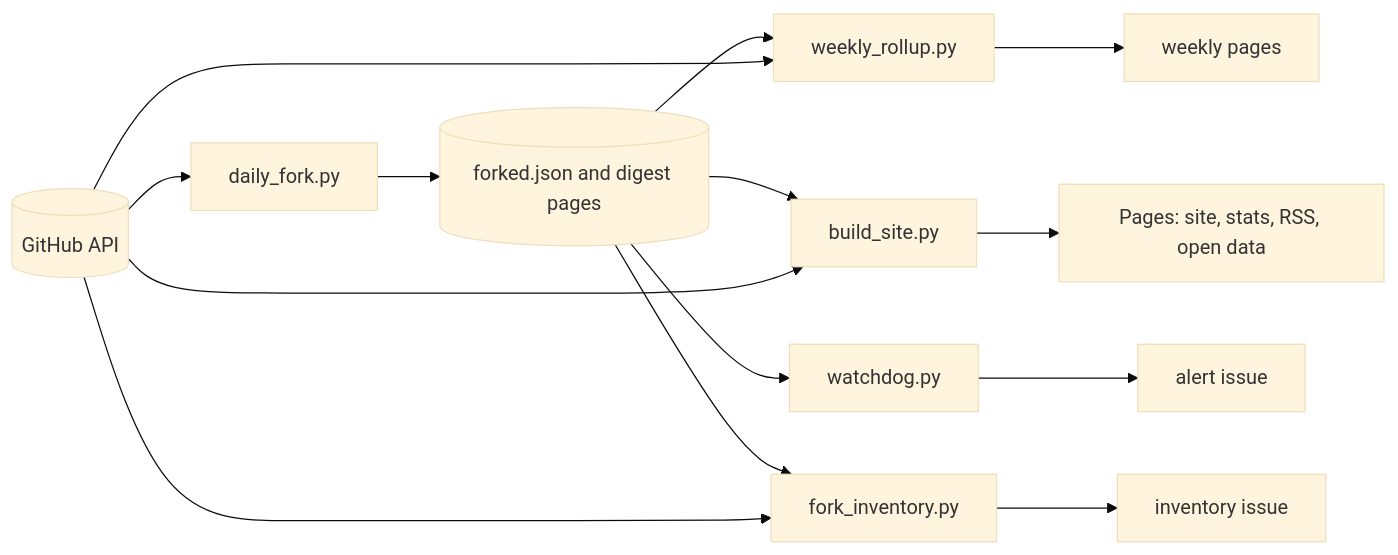
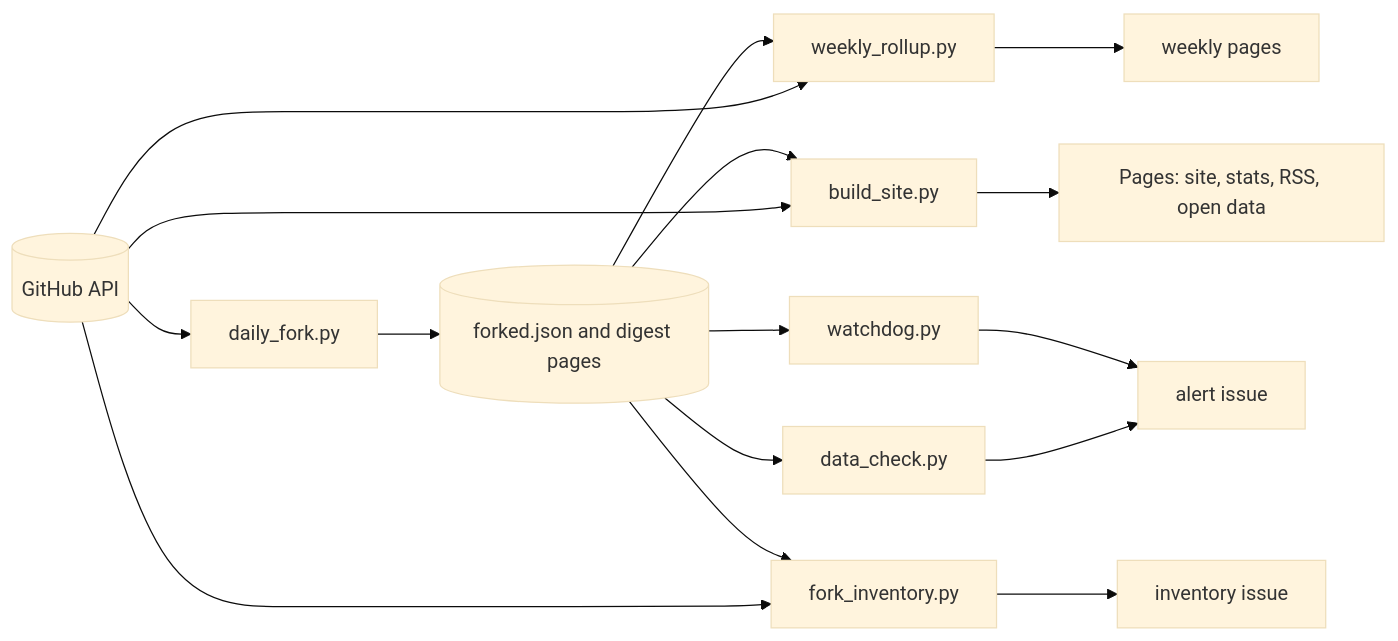
The second of 2 diagrams in docs/ARCHITECTURE.md (Bilalkhanten/ai-digest), drawn with Mermaid (base theme) before and after one commit. The commit also changed other lines of this file and 8 other files, not shown here.

First line of the commit message:
Add a weekly RSS feed and a nightly data check

````diff
--- a/docs/ARCHITECTURE.md
+++ b/docs/ARCHITECTURE.md
@@ -28,16 +28,18 @@
 ```mermaid
 flowchart LR
     GH[("GitHub API")] --> DAILY["daily_fork.py"]
     DAILY --> STATE[("forked.json and digest pages")]
     STATE --> WEEKLY["weekly_rollup.py"]
     STATE --> SITE["build_site.py"]
     STATE --> DOG["watchdog.py"]
     STATE --> INV["fork_inventory.py"]
     GH --> WEEKLY
     GH --> SITE
     GH --> INV
     WEEKLY --> WP["weekly pages"]
     SITE --> PAGES["Pages: site, stats, RSS, open data"]
     DOG --> ISSUE["alert issue"]
+    CHECK["data_check.py"] --> ISSUE
+    STATE --> CHECK
     INV --> REPORT["inventory issue"]
 ```
````
